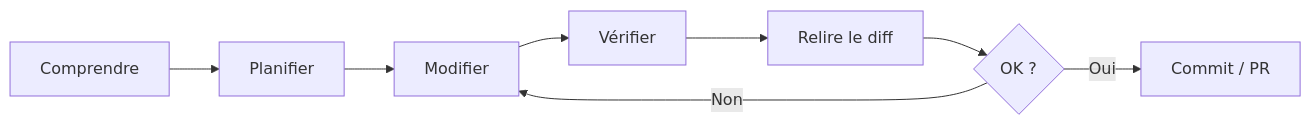
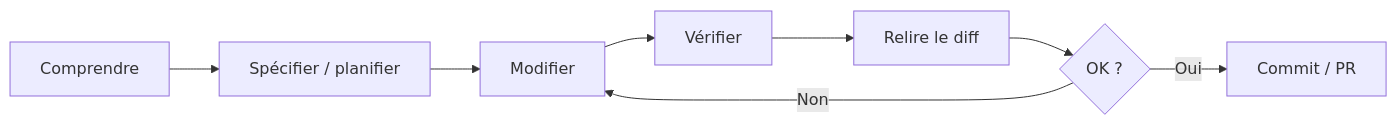
Before and after one commit to FTurleque/doc-utilisation-ia: the diagram in docs/chapitre-9-bonnes-pratiques/index.md, drawn with Mermaid. The commit also changed other lines of this file, not shown here.

````diff
--- a/docs/chapitre-9-bonnes-pratiques/index.md
+++ b/docs/chapitre-9-bonnes-pratiques/index.md
@@ -96,10 +118,10 @@
 ```mermaid
 graph LR
-    A["Comprendre"] --> B["Planifier"]
+    A["Comprendre"] --> B["Spécifier / planifier"]
     B --> C["Modifier"]
     C --> D["Vérifier"]
     D --> E["Relire le diff"]
     E --> F{"OK ?"}
     F -- Non --> C
     F -- Oui --> G["Commit / PR"]
 ```
````
